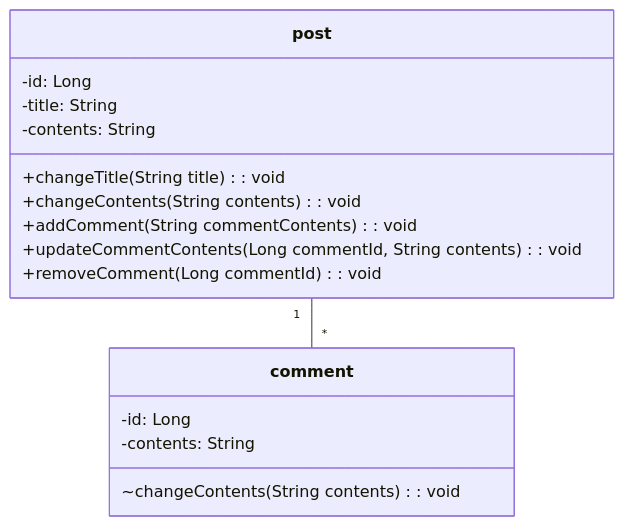
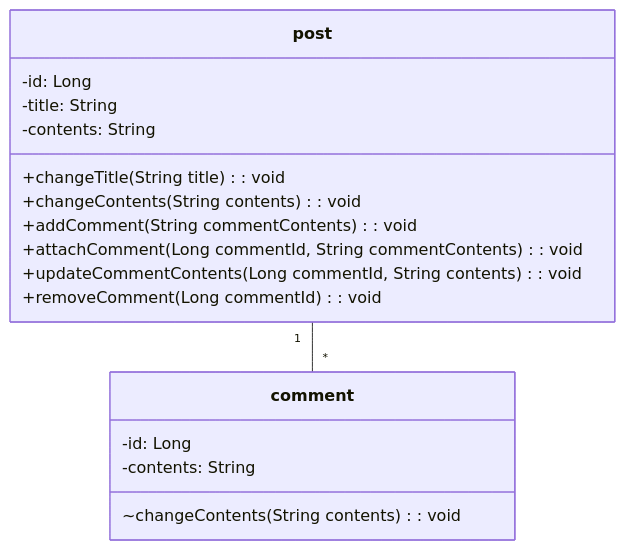
One commit to GoGradually/SuperBoard changed the diagram in board/README.md. Above: the diagram before and after it, drawn with Mermaid.

````diff
--- a/board/README.md
+++ b/board/README.md
@@ -190,20 +190,22 @@
 ```mermaid
 classDiagram
     class post {
         -id: Long
         -title: String
         -contents: String
         +changeTitle(String title): void
         +changeContents(String contents): void
         +addComment(String commentContents): void
+        +attachComment(Long commentId, String commentContents): void
         +updateCommentContents(Long commentId, String contents): void
         +removeComment(Long commentId): void
     }
     class comment{
         -id: Long
         -contents: String
         ~changeContents(String contents): void
     }
-    
+
     post "1"--"*" comment
+
 ```
````
